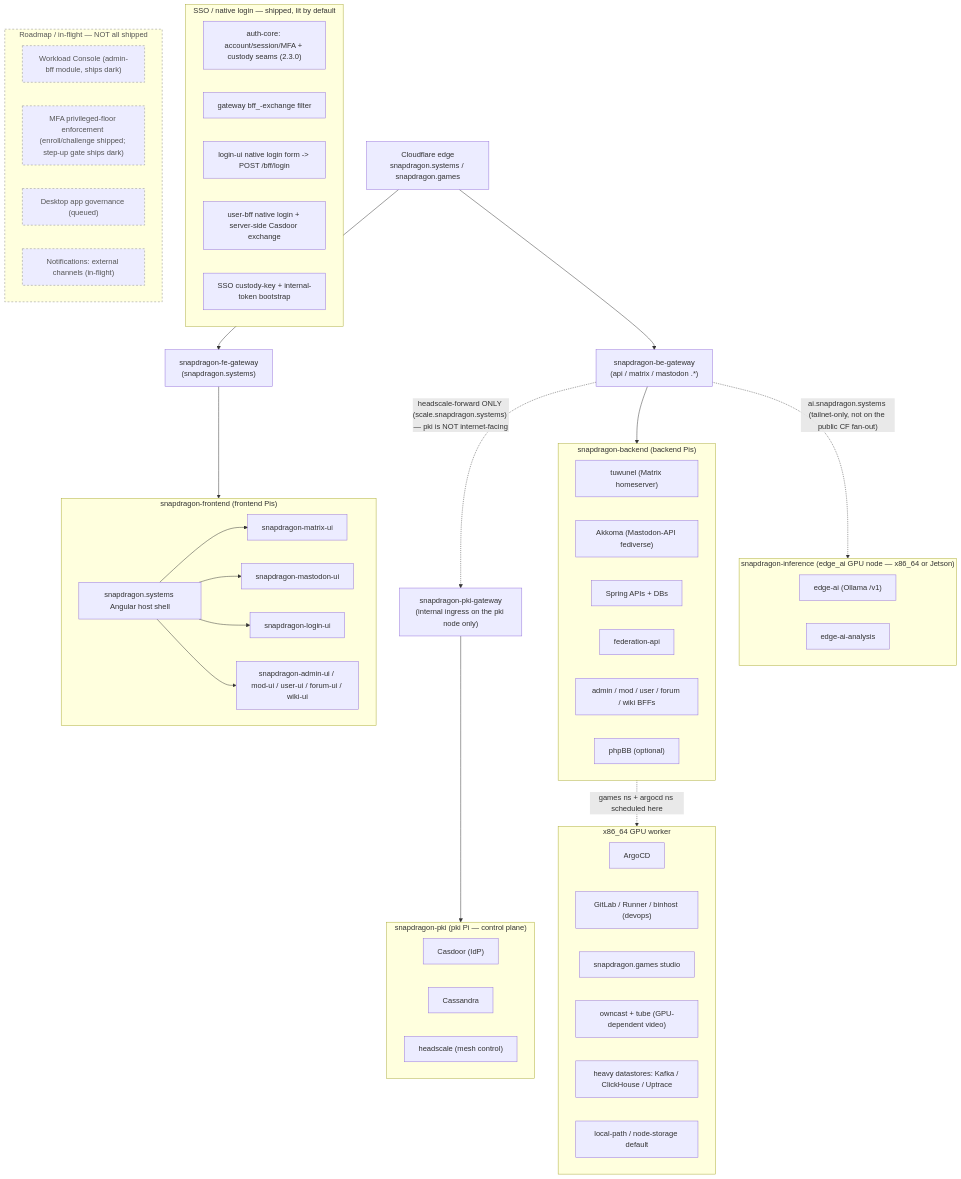
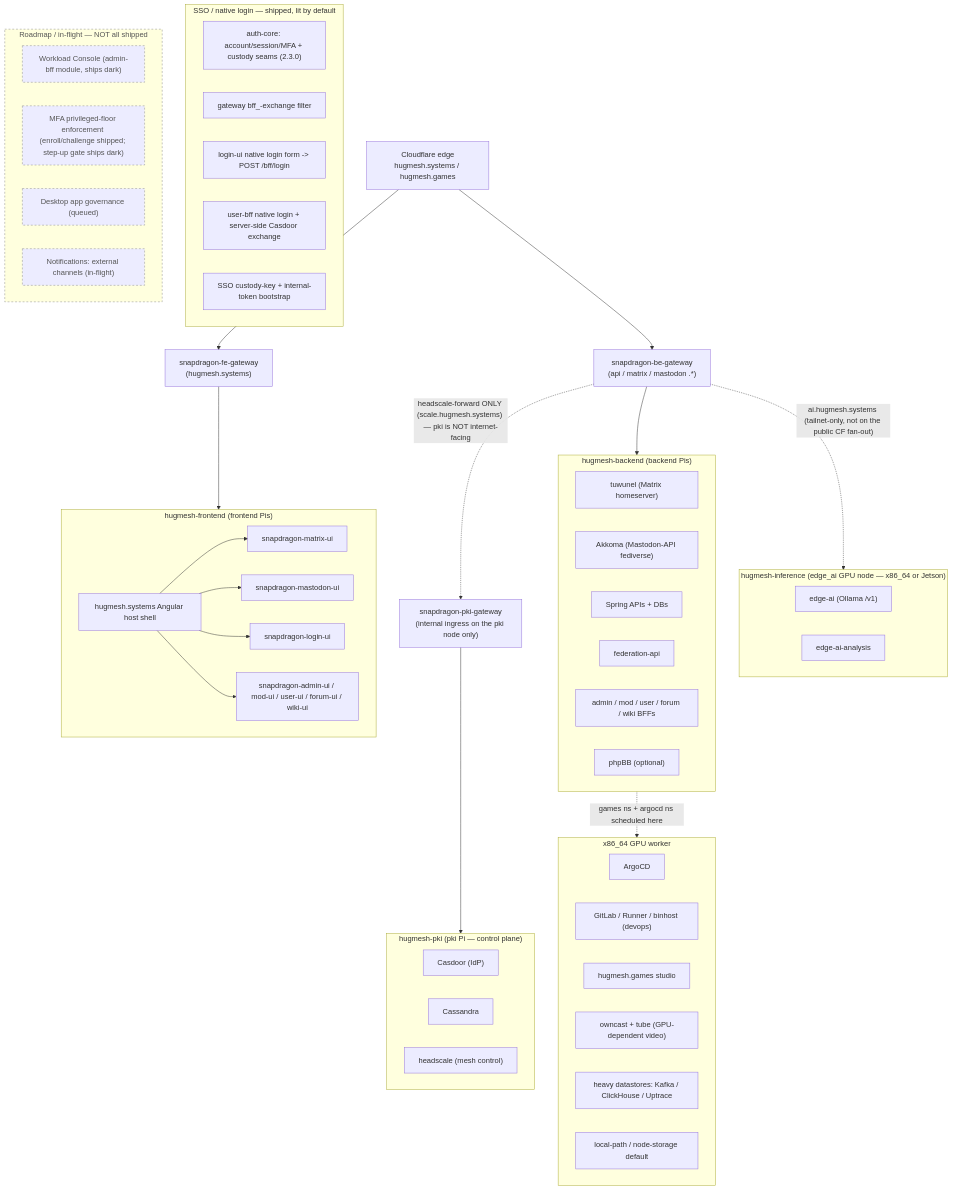
One commit to hugmesh/hugmesh-generator changed the first of 2 diagrams in docs/ARCHITECTURE.md. Above: the diagram before and after it, drawn with Mermaid. The commit also changed other lines of this file and 1192 other files, not shown here.

````diff
--- a/docs/ARCHITECTURE.md
+++ b/docs/ARCHITECTURE.md
@@ -25,68 +25,68 @@
 ```mermaid
 flowchart TD
-    CF["Cloudflare edge<br/>snapdragon.systems / snapdragon.games"]
-    CF --> FEGW["snapdragon-fe-gateway<br/>(snapdragon.systems)"]
+    CF["Cloudflare edge<br/>hugmesh.systems / hugmesh.games"]
+    CF --> FEGW["snapdragon-fe-gateway<br/>(hugmesh.systems)"]
     CF --> BEGW["snapdragon-be-gateway<br/>(api / matrix / mastodon .*)"]
 
-    subgraph FE["snapdragon-frontend (frontend Pis)"]
-        HOST["snapdragon.systems Angular host shell"]
+    subgraph FE["hugmesh-frontend (frontend Pis)"]
+        HOST["hugmesh.systems Angular host shell"]
         HOST --> MUI["snapdragon-matrix-ui"]
         HOST --> MASTUI["snapdragon-mastodon-ui"]
         HOST --> LOGINUI["snapdragon-login-ui"]
         HOST --> ADMINUI["snapdragon-admin-ui / mod-ui / user-ui / forum-ui / wiki-ui"]
     end
 
-    subgraph BE["snapdragon-backend (backend Pis)"]
+    subgraph BE["hugmesh-backend (backend Pis)"]
         TUW["tuwunel (Matrix homeserver)"]
         AKK["Akkoma (Mastodon-API fediverse)"]
         APIS["Spring APIs + DBs"]
         FEDAPI["federation-api"]
         BFFS["admin / mod / user / forum / wiki BFFs"]
         PHPBB["phpBB (optional)"]
     end
 
-    subgraph PKI["snapdragon-pki (pki Pi — control plane)"]
+    subgraph PKI["hugmesh-pki (pki Pi — control plane)"]
         CAS["Casdoor (IdP)"]
         CASS["Cassandra"]
         HS["headscale (mesh control)"]
     end
 
-    subgraph INFER["snapdragon-inference (edge_ai GPU node — x86_64 or Jetson)"]
+    subgraph INFER["hugmesh-inference (edge_ai GPU node — x86_64 or Jetson)"]
         EDGEAI["edge-ai (Ollama /v1)"]
         EDGEAIAN["edge-ai-analysis"]
     end
 
     subgraph X86["x86_64 GPU worker"]
         ARGO["ArgoCD"]
         DEVOPS["GitLab / Runner / binhost (devops)"]
-        GAMES["snapdragon.games studio"]
+        GAMES["hugmesh.games studio"]
         VIDEO["owncast + tube (GPU-dependent video)"]
         HEAVY["heavy datastores: Kafka / ClickHouse / Uptrace"]
         STORE["local-path / node-storage default"]
     end
 
     FEGW --> FE
     BEGW --> BE
     BE -. "games ns + argocd ns scheduled here" .-> X86
-    BEGW -. "ai.snapdragon.systems (tailnet-only, not on the public CF fan-out)" .-> INFER
-    BEGW -. "headscale-forward ONLY (scale.snapdragon.systems) — pki is NOT internet-facing" .-> PKIGW["snapdragon-pki-gateway<br/>(internal ingress on the pki node only)"]
+    BEGW -. "ai.hugmesh.systems (tailnet-only, not on the public CF fan-out)" .-> INFER
+    BEGW -. "headscale-forward ONLY (scale.hugmesh.systems) — pki is NOT internet-facing" .-> PKIGW["snapdragon-pki-gateway<br/>(internal ingress on the pki node only)"]
     PKIGW --> PKI
 
     subgraph SSO["SSO / native login — shipped, lit by default"]
         AUTHCORE["auth-core: account/session/MFA + custody seams (2.3.0)"]
         GWEXCH["gateway bff_-exchange filter"]
         LOGINOIDC["login-ui native login form -> POST /bff/login"]
         UBRELOC["user-bff native login + server-side Casdoor exchange"]
         CUSTKEY["SSO custody-key + internal-token bootstrap"]
     end
 
     subgraph ROADMAP["Roadmap / in-flight — NOT all shipped"]
         WC["Workload Console (admin-bff module, ships dark)"]
         MFA["MFA privileged-floor enforcement (enroll/challenge shipped; step-up gate ships dark)"]
         DESKGOV["Desktop app governance (queued)"]
         NOTIFY["Notifications: external channels (in-flight)"]
     end
 
     classDef planned stroke-dasharray:4,stroke:#888,color:#555;
     class ROADMAP,WC,MFA,DESKGOV,NOTIFY planned;
 ```
````
